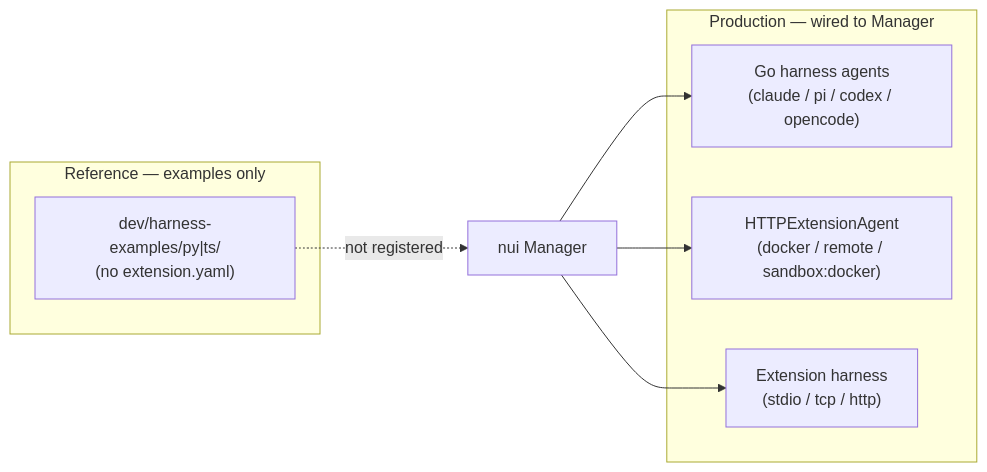
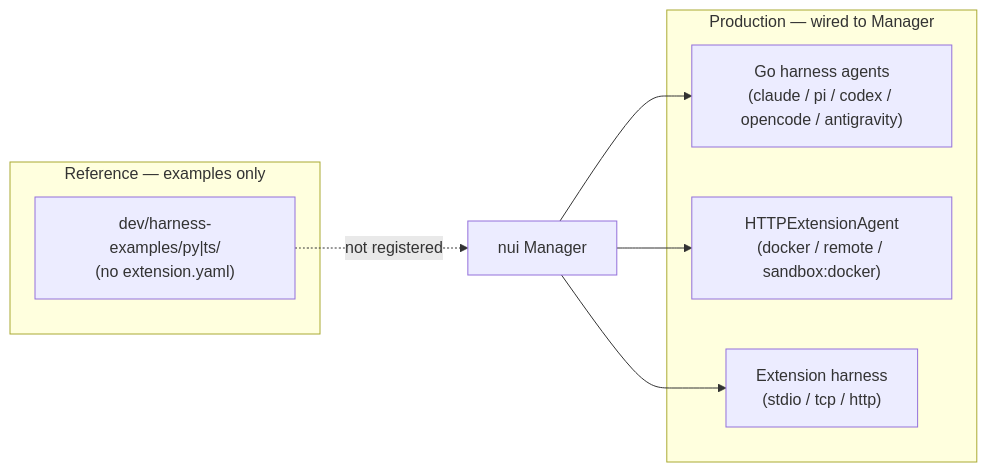
The diagram in dev/harness-design.md (plmbr/nui), drawn with Mermaid before and after one commit. The commit also changed other lines of this file and 43 other files, not shown here.

````diff
--- a/dev/harness-design.md
+++ b/dev/harness-design.md
@@ -7,17 +7,17 @@
 ```mermaid
 flowchart LR
   subgraph production [Production — wired to Manager]
-    GoHarnesses["Go harness agents\n(claude / pi / codex / opencode)"]
+    GoHarnesses["Go harness agents\n(claude / pi / codex / opencode / antigravity)"]
     HTTPExt["HTTPExtensionAgent\n(docker / remote / sandbox:docker)"]
     ExtHarness["Extension harness\n(stdio / tcp / http)"]
   end
 
   subgraph reference [Reference — examples only]
     PyTS["dev/harness-examples/py|ts/\n(no extension.yaml)"]
   end
 
   nui[nui Manager] --> GoHarnesses
   nui --> HTTPExt
   nui --> ExtHarness
   PyTS -.->|not registered| nui
 ```
````
